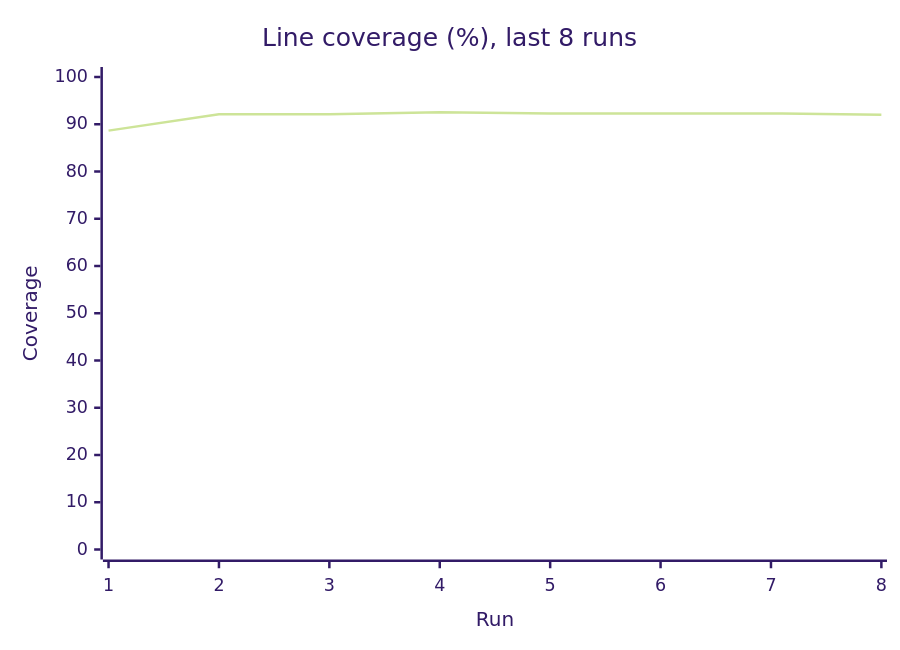
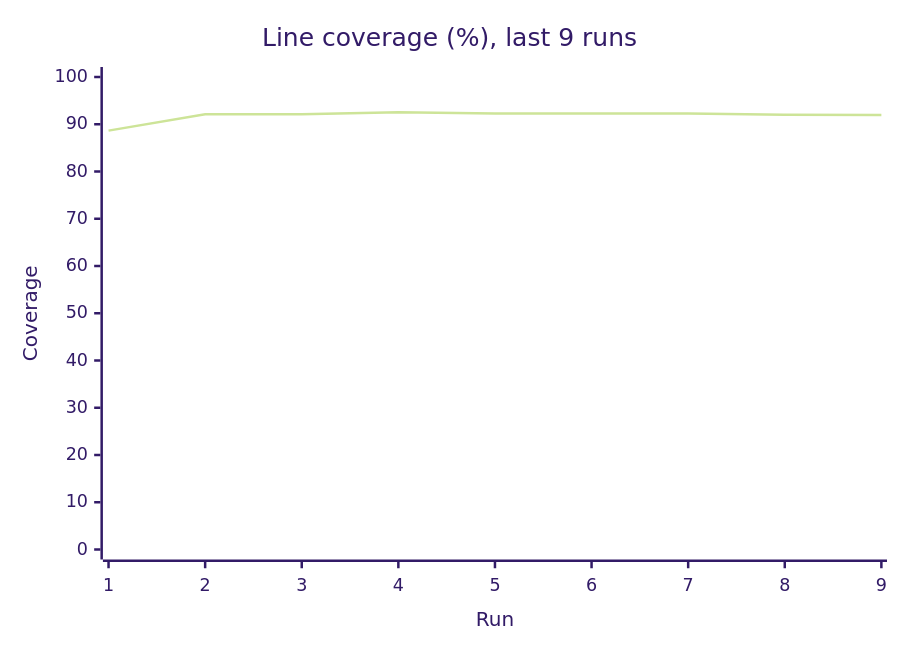
The third of 3 diagrams in reports/summary.md (Shirojoufu/Flaky-Tests), drawn with Mermaid (forest theme) before and after one commit. The commit also changed other lines of this file and 6 other files, not shown here.

````diff
--- a/reports/summary.md
+++ b/reports/summary.md
@@ -33,7 +33,7 @@
 ```mermaid
 xychart-beta
-    title "Line coverage (%), last 8 runs"
-    x-axis "Run" [1, 2, 3, 4, 5, 6, 7, 8]
+    title "Line coverage (%), last 9 runs"
+    x-axis "Run" [1, 2, 3, 4, 5, 6, 7, 8, 9]
     y-axis "Coverage" 0 --> 100
-    line [88.65, 92.11, 92.13, 92.54, 92.26, 92.26, 92.3, 92.0]
+    line [88.65, 92.11, 92.13, 92.54, 92.26, 92.26, 92.3, 92.0, 91.96]
 ```
````
